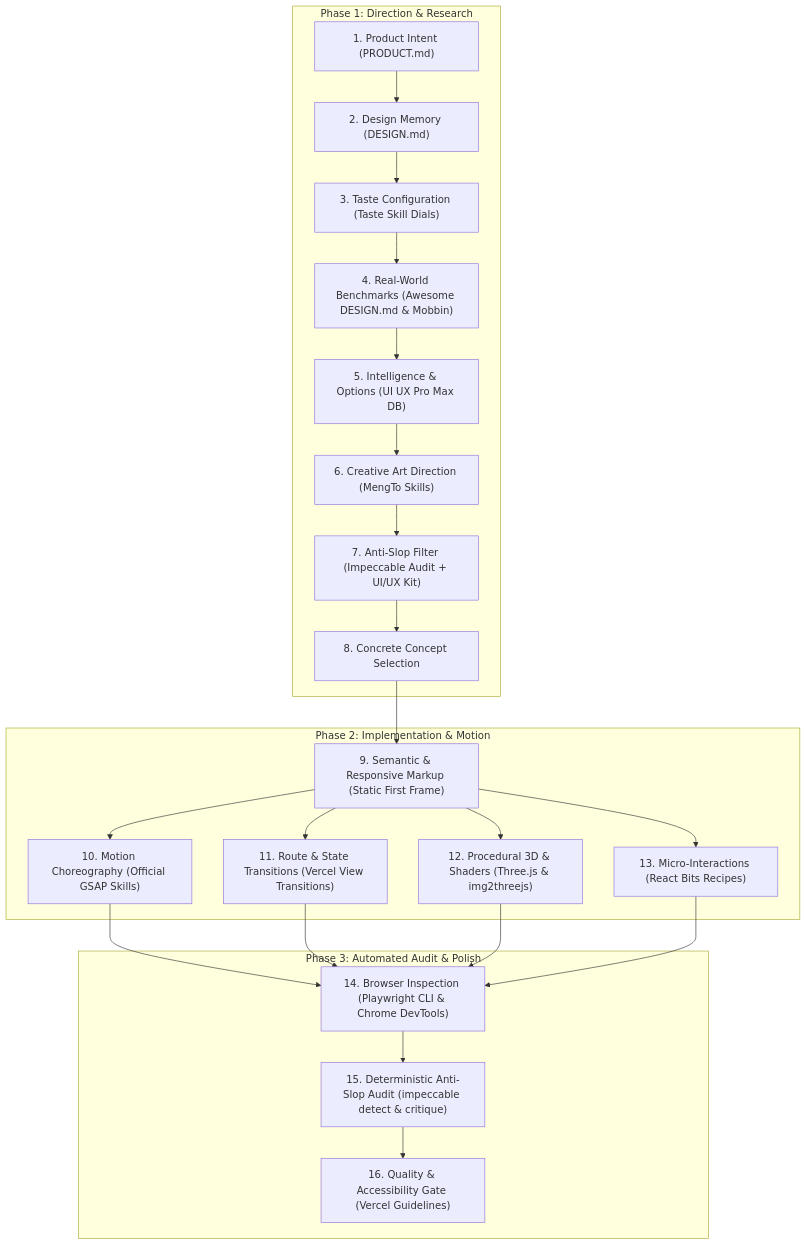
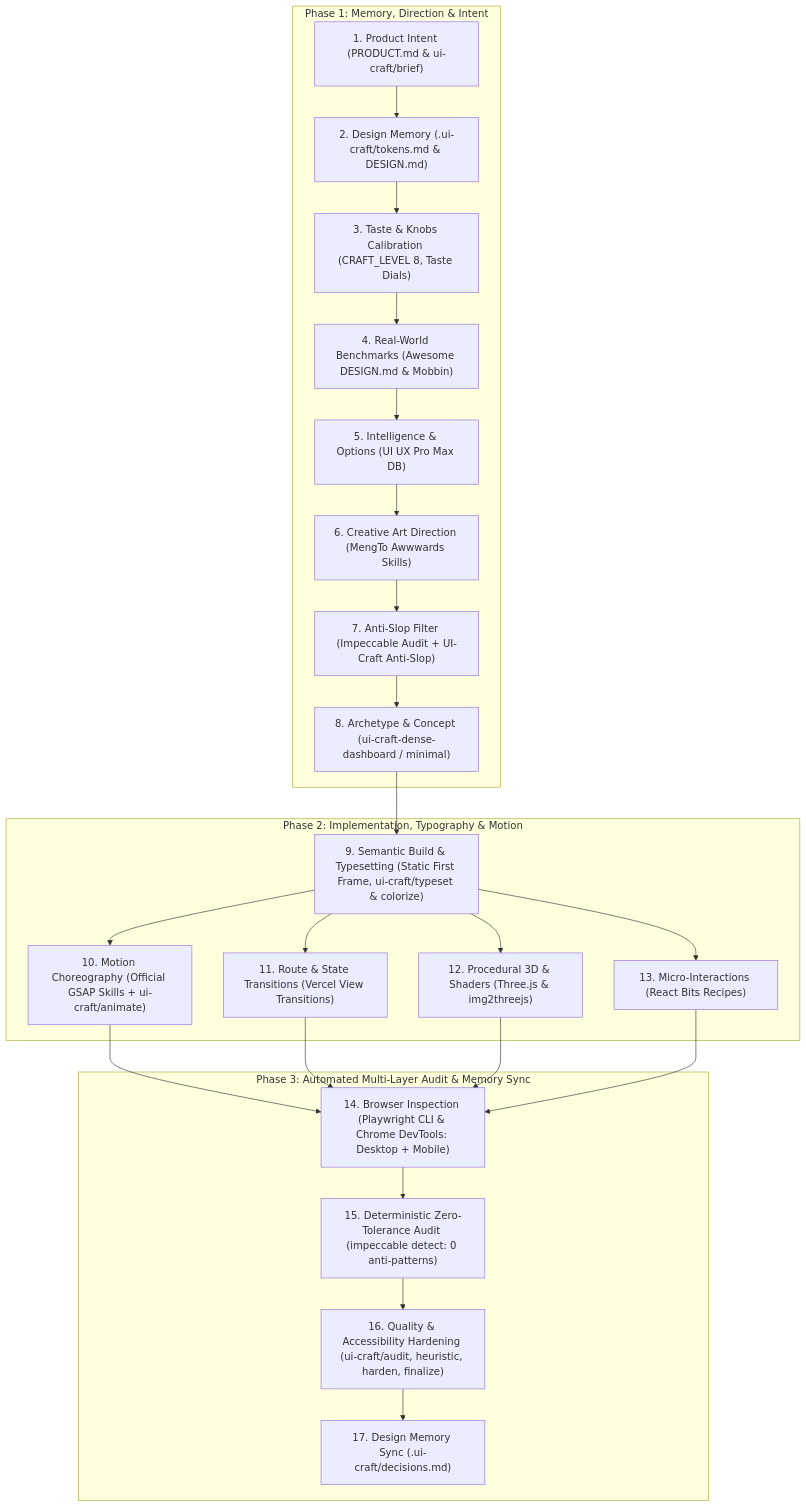
The diagram in DESIGN_STACK.md (nikitakoncik34-stack/FinKaif-7), drawn with Mermaid before and after one commit. The commit also changed other lines of this file, not shown here.

````diff
--- a/DESIGN_STACK.md
+++ b/DESIGN_STACK.md
@@ -22,26 +22,27 @@
 ```mermaid
 flowchart TD
-    subgraph Phase1["Phase 1: Direction & Research"]
-        S1["1. Product Intent (PRODUCT.md)"] --> S2["2. Design Memory (DESIGN.md)"]
-        S2 --> S3["3. Taste Configuration (Taste Skill Dials)"]
+    subgraph Phase1["Phase 1: Memory, Direction & Intent"]
+        S1["1. Product Intent (PRODUCT.md & ui-craft/brief)"] --> S2["2. Design Memory (.ui-craft/tokens.md & DESIGN.md)"]
+        S2 --> S3["3. Taste & Knobs Calibration (CRAFT_LEVEL 8, Taste Dials)"]
         S3 --> S4["4. Real-World Benchmarks (Awesome DESIGN.md & Mobbin)"]
         S4 --> S5["5. Intelligence & Options (UI UX Pro Max DB)"]
-        S5 --> S6["6. Creative Art Direction (MengTo Skills)"]
-        S6 --> S7["7. Anti-Slop Filter (Impeccable Audit + UI/UX Kit)"]
-        S7 --> S8["8. Concrete Concept Selection"]
+        S5 --> S6["6. Creative Art Direction (MengTo Awwwards Skills)"]
+        S6 --> S7["7. Anti-Slop Filter (Impeccable Audit + UI-Craft Anti-Slop)"]
+        S7 --> S8["8. Archetype & Concept (ui-craft-dense-dashboard / minimal)"]
     end
 
-    subgraph Phase2["Phase 2: Implementation & Motion"]
-        S8 --> S9["9. Semantic & Responsive Markup (Static First Frame)"]
-        S9 --> S10["10. Motion Choreography (Official GSAP Skills)"]
+    subgraph Phase2["Phase 2: Implementation, Typography & Motion"]
+        S8 --> S9["9. Semantic Build & Typesetting (Static First Frame, ui-craft/typeset & colorize)"]
+        S9 --> S10["10. Motion Choreography (Official GSAP Skills + ui-craft/animate)"]
         S9 --> S11["11. Route & State Transitions (Vercel View Transitions)"]
         S9 --> S12["12. Procedural 3D & Shaders (Three.js & img2threejs)"]
         S9 --> S13["13. Micro-Interactions (React Bits Recipes)"]
     end
 
-    subgraph Phase3["Phase 3: Automated Audit & Polish"]
-        S10 & S11 & S12 & S13 --> S14["14. Browser Inspection (Playwright CLI & Chrome DevTools)"]
-        S14 --> S15["15. Deterministic Anti-Slop Audit (impeccable detect & critique)"]
-        S15 --> S16["16. Quality & Accessibility Gate (Vercel Guidelines)"]
+    subgraph Phase3["Phase 3: Automated Multi-Layer Audit & Memory Sync"]
+        S10 & S11 & S12 & S13 --> S14["14. Browser Inspection (Playwright CLI & Chrome DevTools: Desktop + Mobile)"]
+        S14 --> S15["15. Deterministic Zero-Tolerance Audit (impeccable detect: 0 anti-patterns)"]
+        S15 --> S16["16. Quality & Accessibility Hardening (ui-craft/audit, heuristic, harden, finalize)"]
+        S16 --> S17["17. Design Memory Sync (.ui-craft/decisions.md)"]
     end
 ```
````
